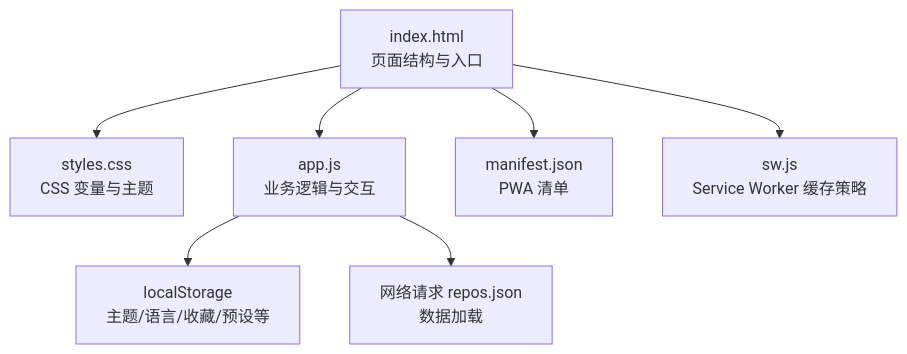
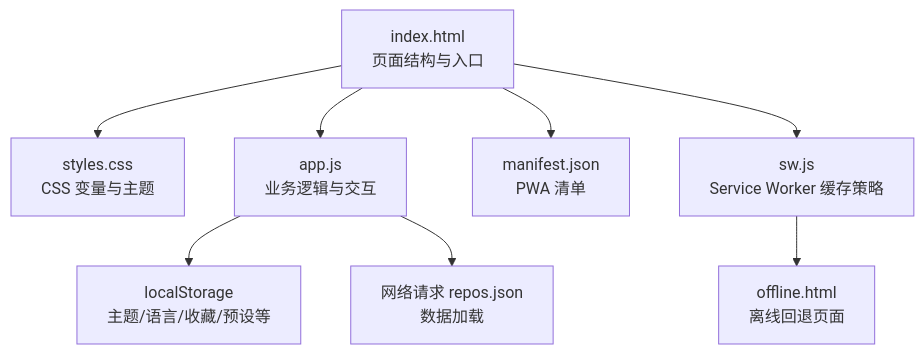
The first of 10 diagrams in .qoder/repowiki/zh/content/核心功能/用户体验优化/用户体验优化.md (allengaller/repo-database), drawn with Mermaid before and after one commit. The commit also changed other lines of this file and 38 other files, not shown here.

````diff
--- a/.qoder/repowiki/zh/content/核心功能/用户体验优化/用户体验优化.md
+++ b/.qoder/repowiki/zh/content/核心功能/用户体验优化/用户体验优化.md
@@ -35,9 +43,10 @@
 ```mermaid
 graph TB
 A["index.html<br/>页面结构与入口"] --> B["styles.css<br/>CSS 变量与主题"]
 A --> C["app.js<br/>业务逻辑与交互"]
 A --> D["manifest.json<br/>PWA 清单"]
 A --> E["sw.js<br/>Service Worker 缓存策略"]
 C --> F["localStorage<br/>主题/语言/收藏/预设等"]
 C --> G["网络请求 repos.json<br/>数据加载"]
+E --> H["offline.html<br/>离线回退页面"]
 ```
````
